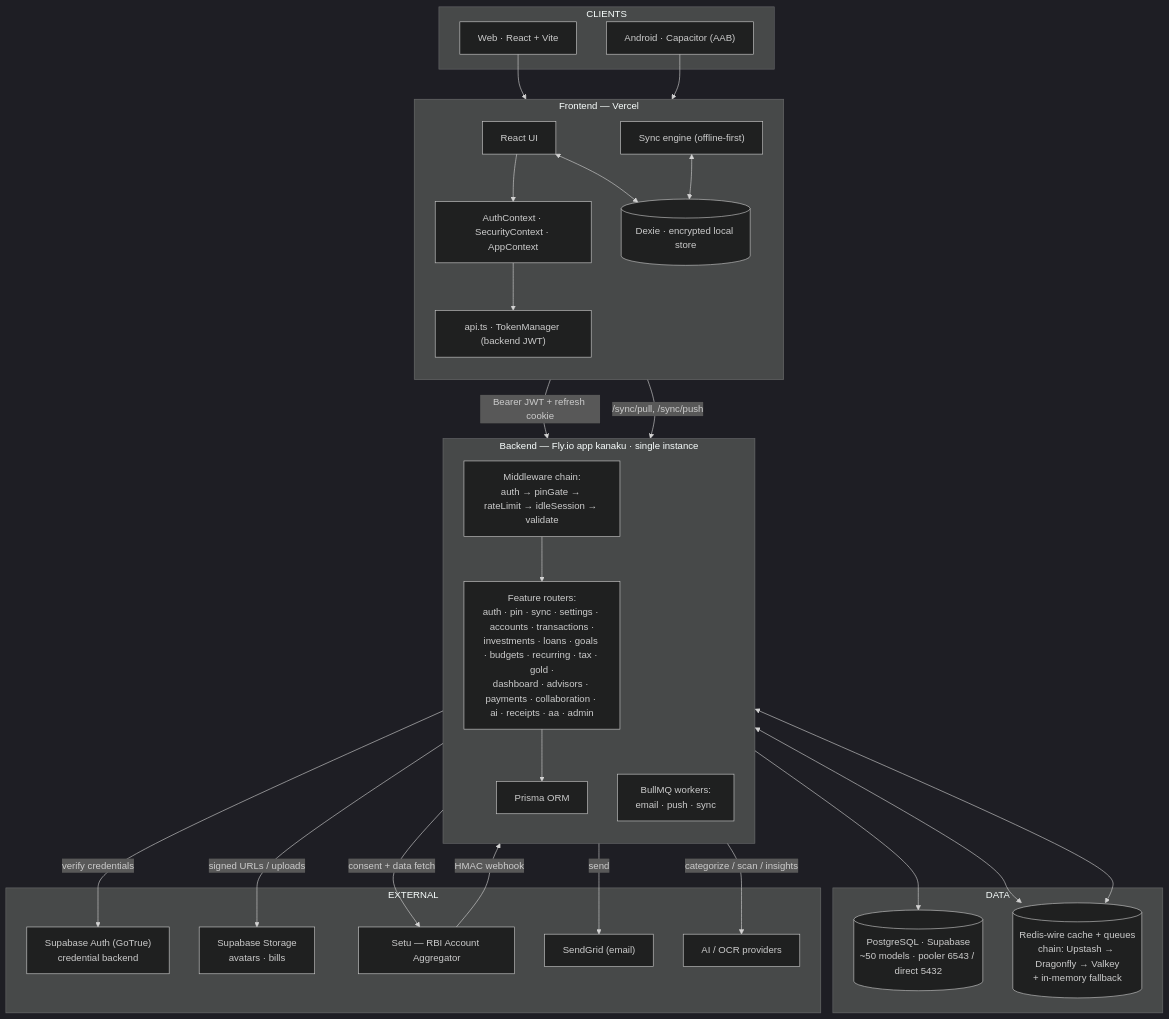
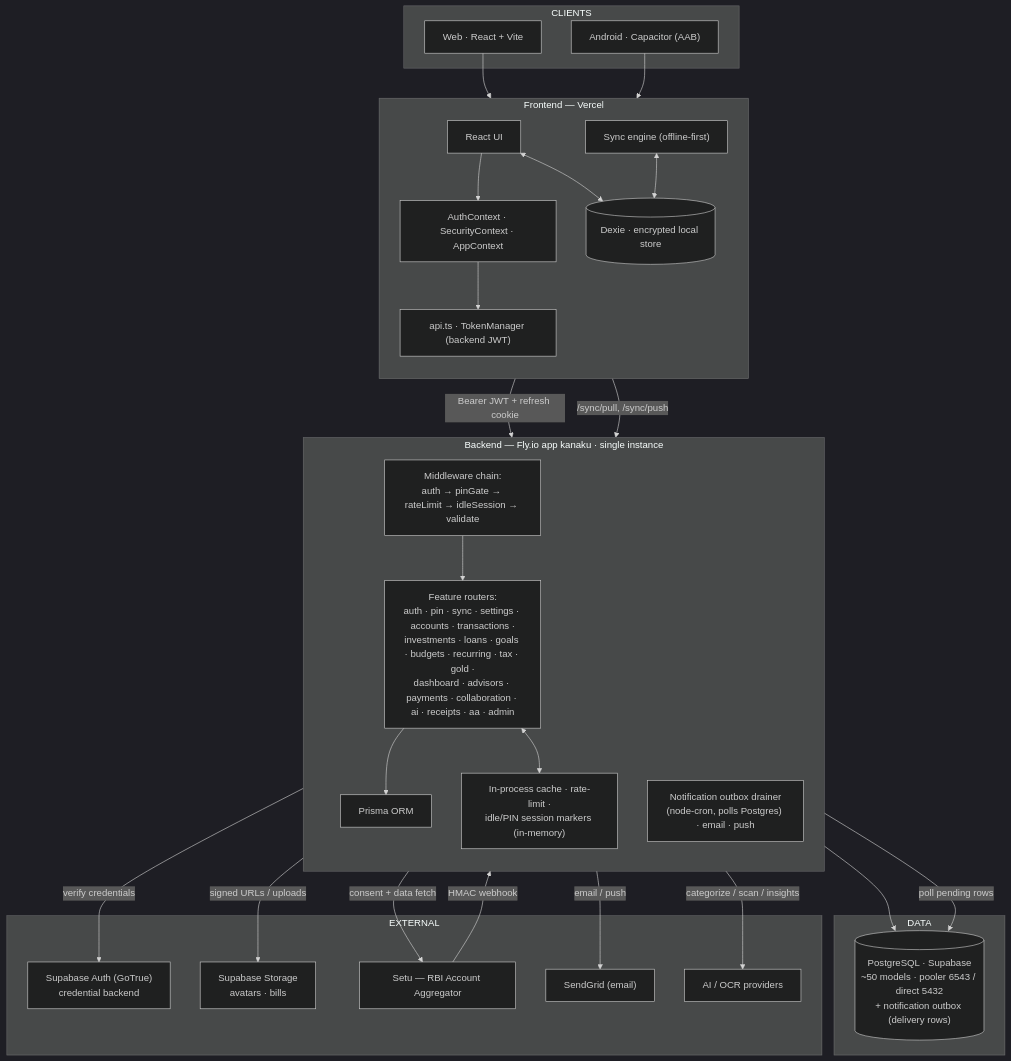
The diagram in docs/04_App_Flow/ARCHITECTURE.md (Alpha-ashu/Kanaku), drawn with Mermaid (dark theme) before and after one commit. The commit also changed other lines of this file and 20 other files, not shown here.

Commit message:
feat: implement Redis-free notification delivery worker using PostgreSQL as the queue source of truth

````diff
--- a/docs/04_App_Flow/ARCHITECTURE.md
+++ b/docs/04_App_Flow/ARCHITECTURE.md
@@ -13,55 +15,55 @@
 ```mermaid
 flowchart TB
   subgraph CLIENTS
     Web["Web · React + Vite"]
     Android["Android · Capacitor (AAB)"]
   end
 
   subgraph FRONTEND["Frontend — Vercel"]
     direction TB
     UI["React UI"]
     Ctx["AuthContext · SecurityContext · AppContext"]
     Apic["api.ts · TokenManager (backend JWT)"]
     Dexie[("Dexie · encrypted local store")]
     SyncE["Sync engine (offline-first)"]
   end
 
   subgraph BACKEND["Backend — Fly.io app kanaku · single instance"]
     direction TB
     MW["Middleware chain:<br/>auth → pinGate → rateLimit → idleSession → validate"]
     Feat["Feature routers:<br/>auth · pin · sync · settings · accounts · transactions ·<br/>investments · loans · goals · budgets · recurring · tax · gold ·<br/>dashboard · advisors · payments · collaboration · ai · receipts · aa · admin"]
-    Workers["BullMQ workers:<br/>email · push · sync"]
+    Cache["In-process cache · rate-limit ·<br/>idle/PIN session markers (in-memory)"]
+    Outbox["Notification outbox drainer<br/>(node-cron, polls Postgres) · email · push"]
     Prisma["Prisma ORM"]
   end
 
   subgraph DATA
-    PG[("PostgreSQL · Supabase<br/>~50 models · pooler 6543 / direct 5432")]
-    Redis[("Redis-wire cache + queues<br/>chain: Upstash → Dragonfly → Valkey<br/>+ in-memory fallback")]
+    PG[("PostgreSQL · Supabase<br/>~50 models · pooler 6543 / direct 5432<br/>+ notification outbox (delivery rows)")]
   end
 
   subgraph EXTERNAL
     SbAuth["Supabase Auth (GoTrue)<br/>credential backend"]
     SbStore["Supabase Storage<br/>avatars · bills"]
     Setu["Setu — RBI Account Aggregator"]
     SG["SendGrid (email)"]
     AIp["AI / OCR providers"]
   end
 
   Web --> UI
   Android --> UI
   UI --> Ctx --> Apic
   UI <--> Dexie
   SyncE <--> Dexie
   Apic -- "Bearer JWT + refresh cookie" --> MW
   SyncE -- "/sync/pull, /sync/push" --> MW
 
   MW --> Feat --> Prisma --> PG
-  Feat <--> Redis
-  Workers <--> Redis
+  Feat <--> Cache
   Feat -- "verify credentials" --> SbAuth
   Feat -- "signed URLs / uploads" --> SbStore
   Feat -- "consent + data fetch" --> Setu
   Setu -- "HMAC webhook" --> Feat
-  Workers -- "send" --> SG
+  Outbox -- "poll pending rows" --> PG
+  Outbox -- "email / push" --> SG
   Feat -- "categorize / scan / insights" --> AIp
 ```
````
